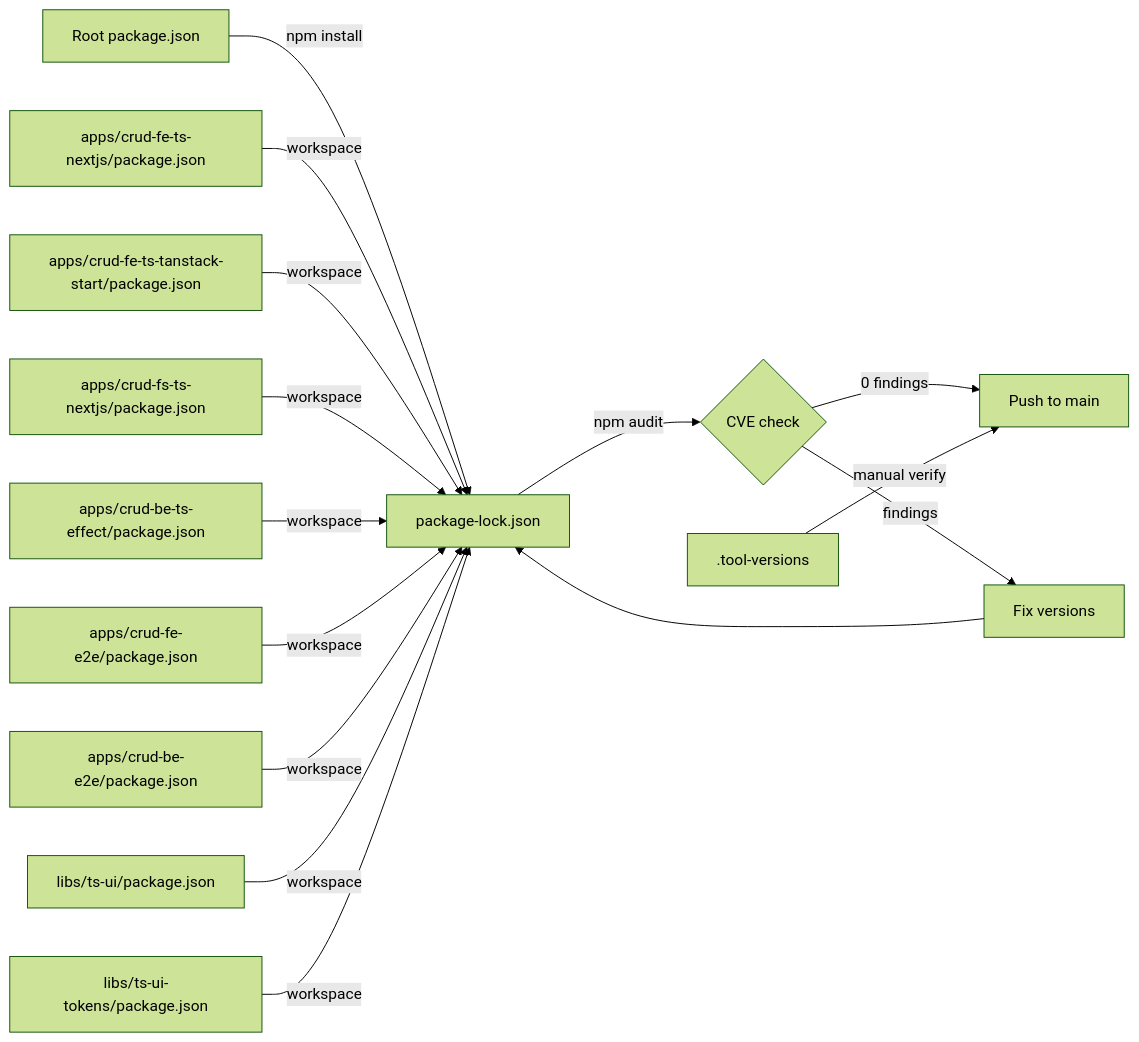
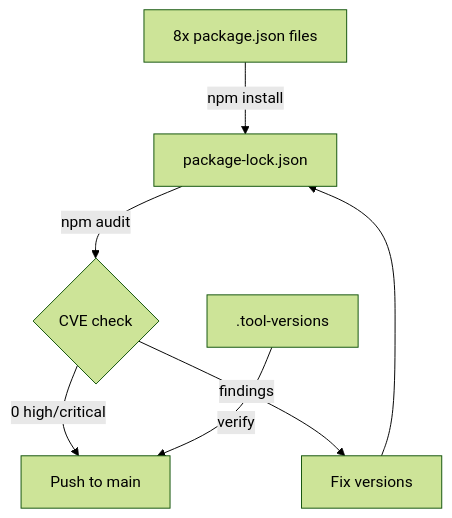
One commit to wahidyankf/ose-primer changed the first of 2 diagrams in plans/done/2026-05-27__update-dependencies-pinned/tech-docs.md. Above: the diagram before and after it, drawn with Mermaid (forest theme). The commit also changed other lines of this file, not shown here.

Commit message:
fix(plans): fix mermaid diagram violations in archived dependency plan
Simplify both diagrams to comply with max-width 4 and max-label-len 30.

````diff
--- a/plans/done/2026-05-27__update-dependencies-pinned/tech-docs.md
+++ b/plans/done/2026-05-27__update-dependencies-pinned/tech-docs.md
@@ -9,17 +9,9 @@
 ```mermaid
-flowchart LR
-    A[Root package.json] -->|npm install| L[package-lock.json]
-    B[apps/crud-fe-ts-nextjs/package.json] -->|workspace| L
-    C[apps/crud-fe-ts-tanstack-start/package.json] -->|workspace| L
-    D[apps/crud-fs-ts-nextjs/package.json] -->|workspace| L
-    E[apps/crud-be-ts-effect/package.json] -->|workspace| L
-    F[apps/crud-fe-e2e/package.json] -->|workspace| L
-    G[apps/crud-be-e2e/package.json] -->|workspace| L
-    H[libs/ts-ui/package.json] -->|workspace| L
-    I[libs/ts-ui-tokens/package.json] -->|workspace| L
-    L -->|npm audit| S{CVE check}
-    S -->|0 findings| OK[Push to main]
-    S -->|findings| FIX[Fix versions]
-    FIX --> L
-    J[.tool-versions] -->|manual verify| OK
+flowchart TD
+    A[8x package.json files] -->|npm install| B[package-lock.json]
+    B -->|npm audit| C{CVE check}
+    C -->|0 high/critical| D[Push to main]
+    C -->|findings| E[Fix versions]
+    E --> B
+    F[.tool-versions] -->|verify| D
 ```
````
